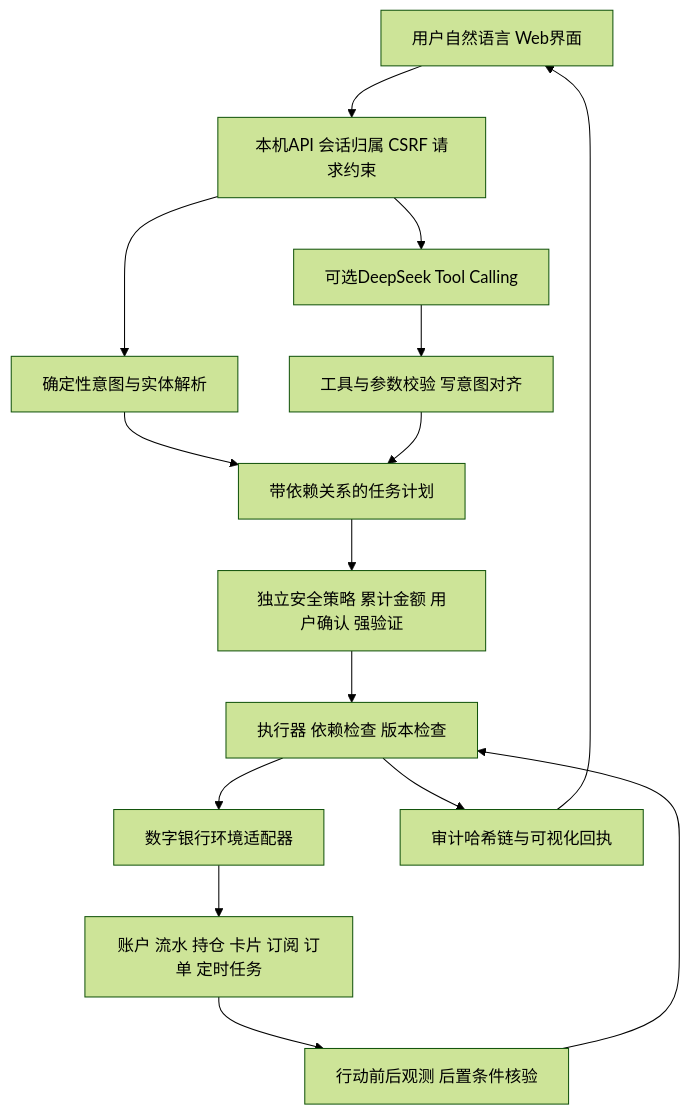
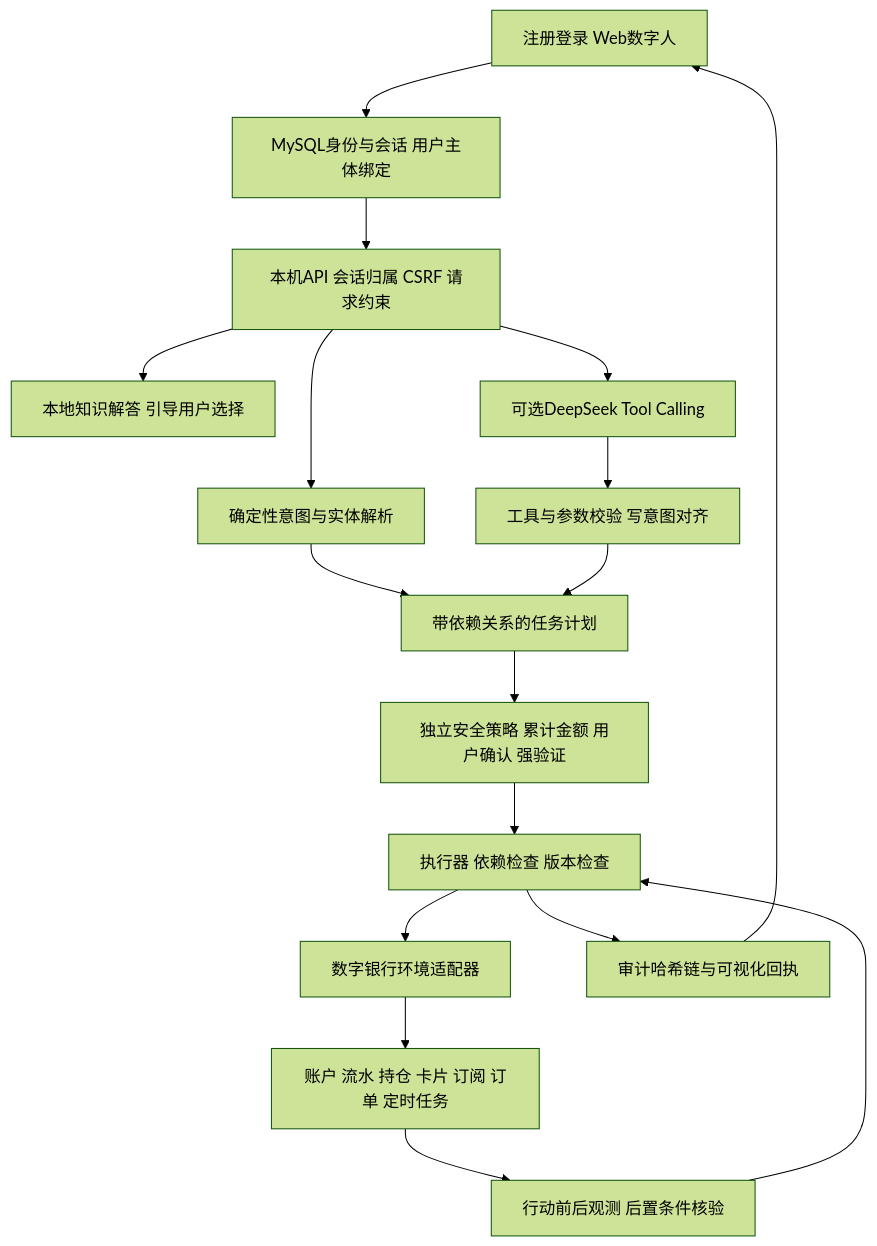
One commit to estenbernhardpj109/xioaxiaoxianshengGZC changed the first of 3 diagrams in docs/作品报告.md. Above: the diagram before and after it, drawn with Mermaid (forest theme). The commit also changed other lines of this file and 98 other files, not shown here.

````diff
--- a/docs/作品报告.md
+++ b/docs/作品报告.md
@@ -13,17 +13,19 @@
 ```mermaid
 flowchart TB
- U[用户自然语言 Web界面] --> API[本机API 会话归属 CSRF 请求约束]
+ U[注册登录 Web数字人] --> AUTH[MySQL身份与会话 用户主体绑定]
+ AUTH --> API[本机API 会话归属 CSRF 请求约束]
+ API --> KB[本地知识解答 引导用户选择]
  API --> N[确定性意图与实体解析]
  API --> L[可选DeepSeek Tool Calling]
  N --> P[带依赖关系的任务计划]
  L --> V[工具与参数校验 写意图对齐]
  V --> P
  P --> S[独立安全策略 累计金额 用户确认 强验证]
  S --> E[执行器 依赖检查 版本检查]
  E --> B[数字银行环境适配器]
  B --> D[账户 流水 持仓 卡片 订阅 订单 定时任务]
  D --> O[行动前后观测 后置条件核验]
  O --> E
  E --> A[审计哈希链与可视化回执]
  A --> U
 ```
````
